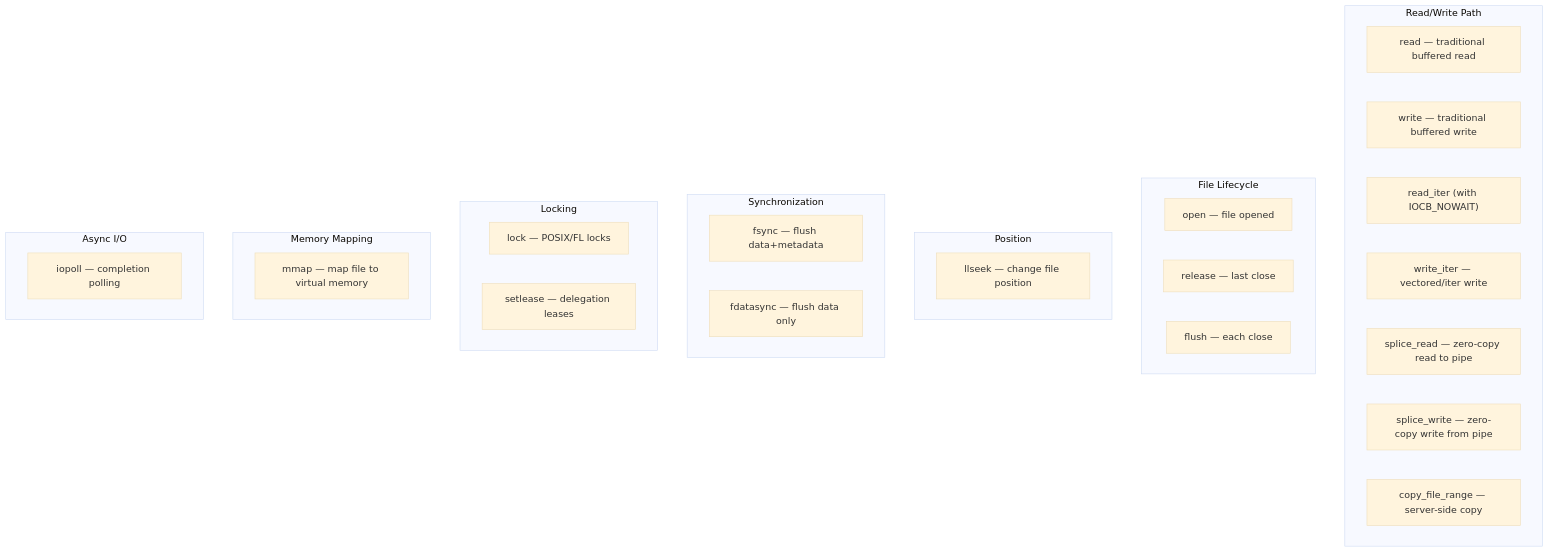
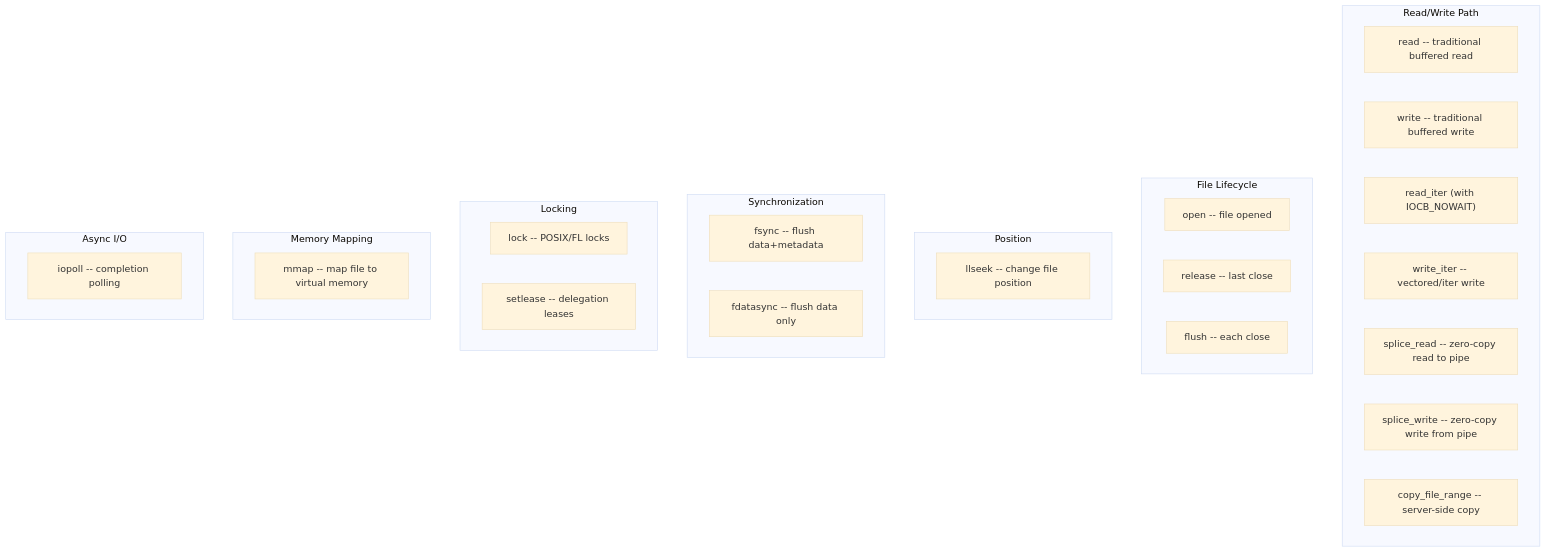
One commit to Abhinav-Kumar012/lb2 changed the first of 9 diagrams in src/kernel/filesystems/file-ops.md. Above: the diagram before and after it, drawn with Mermaid (base theme). The commit also changed other lines of this file and 211 other files, not shown here.

First line of the commit message:
fix: mermaid syntax issues across 212 files

````diff
--- a/src/kernel/filesystems/file-ops.md
+++ b/src/kernel/filesystems/file-ops.md
@@ -53,35 +53,35 @@
 ```mermaid
 graph TD
     subgraph "Read/Write Path"
-        READ[read — traditional buffered read]
-        WRITE[write — traditional buffered write]
-        READ_ITER[read_iter — vectored/iter read]
-        WRITE_ITER[write_iter — vectored/iter write]
-        SPLICE_READ[splice_read — zero-copy read to pipe]
-        SPLICE_WRITE[splice_write — zero-copy write from pipe]
-        COPY_FILE_RANGE[copy_file_range — server-side copy]
+        READ[read -- traditional buffered read]
+        WRITE[write -- traditional buffered write]
+        READ_ITER[read_iter -- vectored/iter read]
+        WRITE_ITER[write_iter -- vectored/iter write]
+        SPLICE_READ[splice_read -- zero-copy read to pipe]
+        SPLICE_WRITE[splice_write -- zero-copy write from pipe]
+        COPY_FILE_RANGE[copy_file_range -- server-side copy]
     end
     subgraph "File Lifecycle"
-        OPEN[open — file opened]
-        RELEASE[release — last close]
-        FLUSH[flush — each close]
+        OPEN[open -- file opened]
+        RELEASE[release -- last close]
+        FLUSH[flush -- each close]
     end
     subgraph "Position"
-        LLSEEK[llseek — change file position]
+        LLSEEK[llseek -- change file position]
     end
     subgraph "Synchronization"
-        FSYNC[fsync — flush data+metadata]
-        FDATASYNS[fdatasync — flush data only]
+        FSYNC[fsync -- flush data+metadata]
+        FDATASYNS[fdatasync -- flush data only]
     end
     subgraph "Locking"
-        LOCK[lock — POSIX/FL locks]
-        SETLEASE[setlease — delegation leases]
+        LOCK[lock -- POSIX/FL locks]
+        SETLEASE[setlease -- delegation leases]
     end
     subgraph "Memory Mapping"
-        MMAP[mmap — map file to virtual memory]
+        MMAP[mmap -- map file to virtual memory]
     end
     subgraph "Async I/O"
         READ_ITER["read_iter (with IOCB_NOWAIT)"]
-        IOPOLL[iopoll — completion polling]
+        IOPOLL[iopoll -- completion polling]
     end
 ```
````
